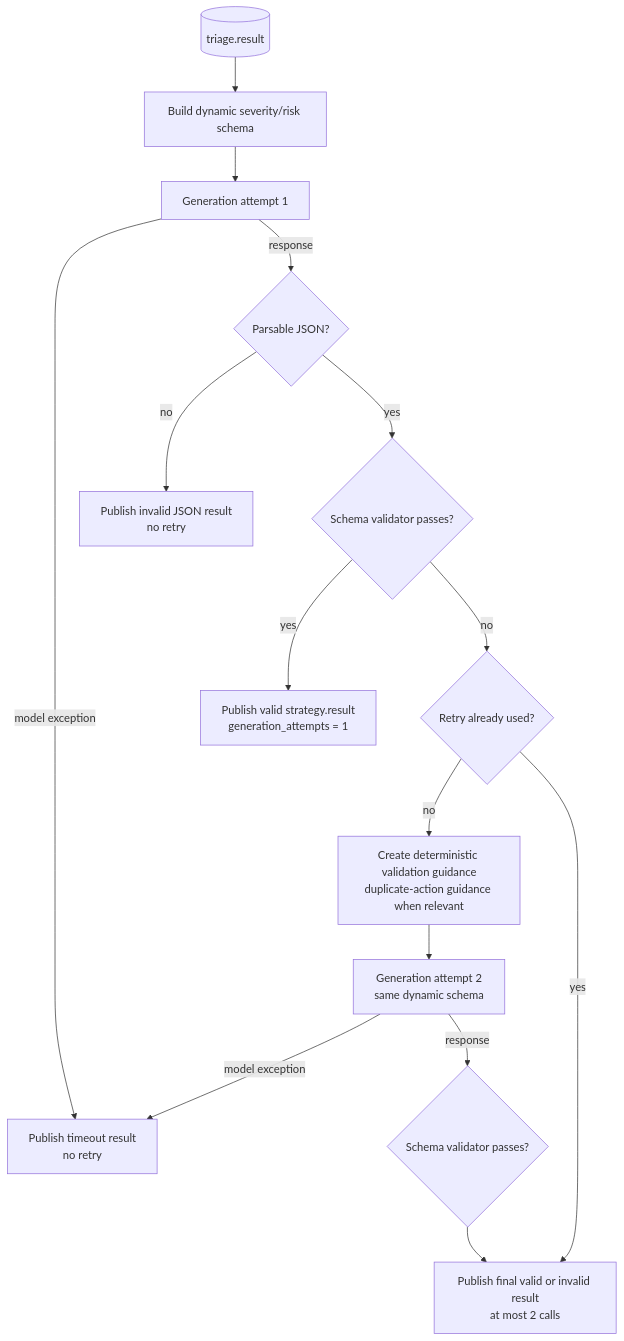
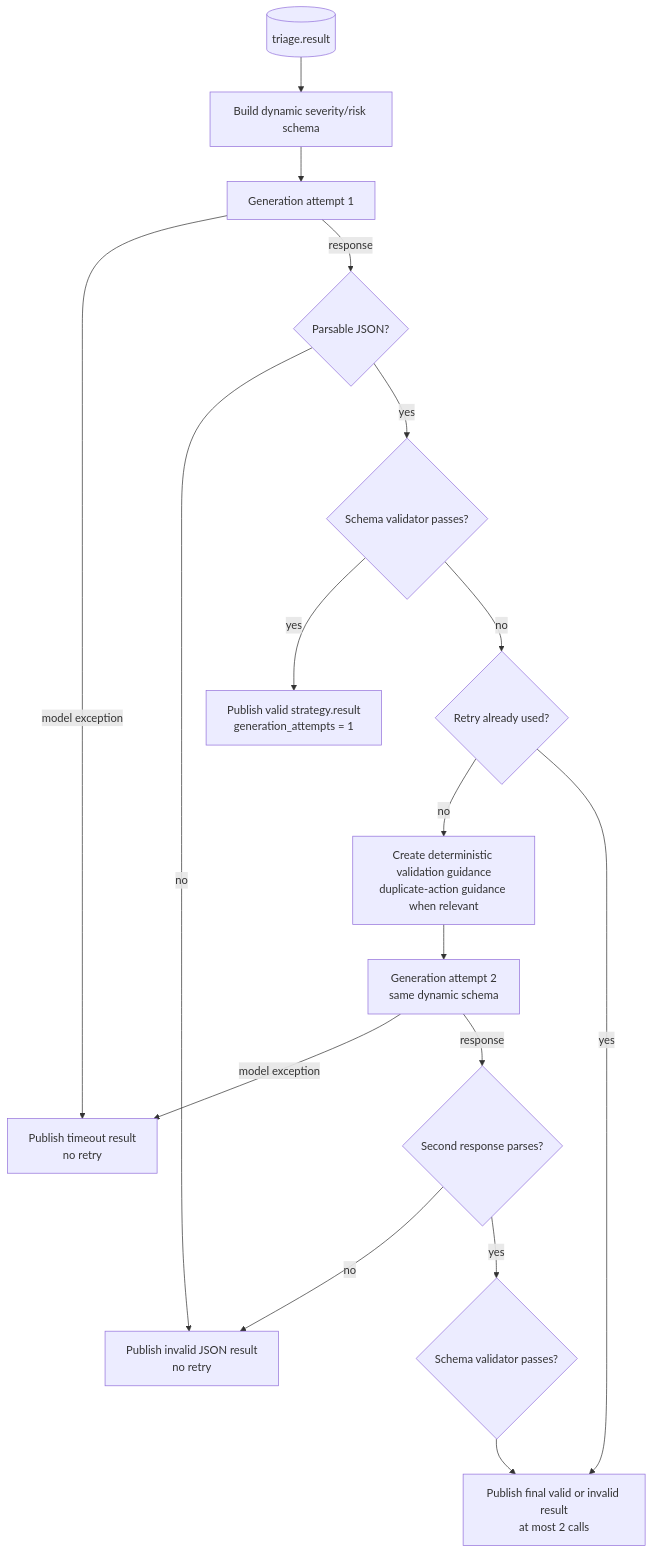
The sixth of 13 diagrams in layer2/docs/layer2_component_log.md (Spectre206/fyp-pipeline), drawn with Mermaid before and after one commit. The commit also changed other lines of this file and 14 other files, not shown here.

````diff
--- a/layer2/docs/layer2_component_log.md
+++ b/layer2/docs/layer2_component_log.md
@@ -336,29 +338,32 @@
 ```mermaid
 flowchart TB
     IN[("triage.result")]
     SCHEMA["Build dynamic severity/risk schema"]
     FIRST["Generation attempt 1"]
     PARSE{"Parsable JSON?"}
     CHECK{"Schema validator passes?"}
     VALID["Publish valid strategy.result<br/>generation_attempts = 1"]
     RETRYUSED{"Retry already used?"}
     GUIDE["Create deterministic validation guidance<br/>duplicate-action guidance when relevant"]
     SECOND["Generation attempt 2<br/>same dynamic schema"]
+    PARSE2{"Second response parses?"}
     CHECK2{"Schema validator passes?"}
     FINAL["Publish final valid or invalid result<br/>at most 2 calls"]
     PARSEFAIL["Publish invalid JSON result<br/>no retry"]
     TIMEOUT["Publish timeout result<br/>no retry"]
 
     IN --> SCHEMA --> FIRST
     FIRST -->|"model exception"| TIMEOUT
     FIRST -->|"response"| PARSE
     PARSE -->|"no"| PARSEFAIL
     PARSE -->|"yes"| CHECK
     CHECK -->|"yes"| VALID
     CHECK -->|"no"| RETRYUSED
     RETRYUSED -->|"no"| GUIDE --> SECOND
     RETRYUSED -->|"yes"| FINAL
     SECOND -->|"model exception"| TIMEOUT
-    SECOND -->|"response"| CHECK2
+    SECOND -->|"response"| PARSE2
+    PARSE2 -->|"no"| PARSEFAIL
+    PARSE2 -->|"yes"| CHECK2
     CHECK2 --> FINAL
 ```
````
